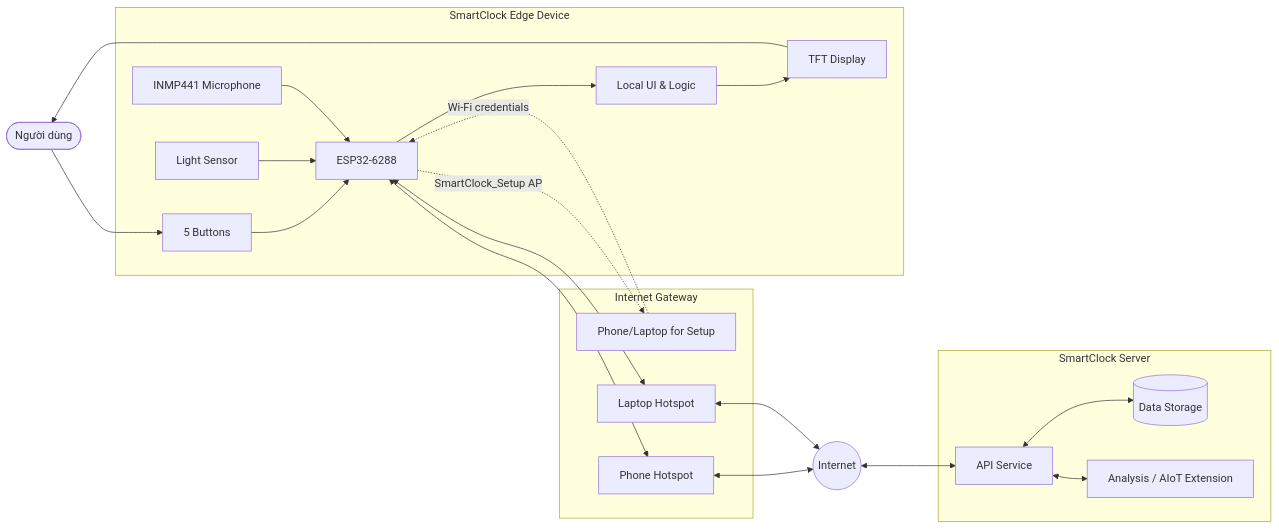
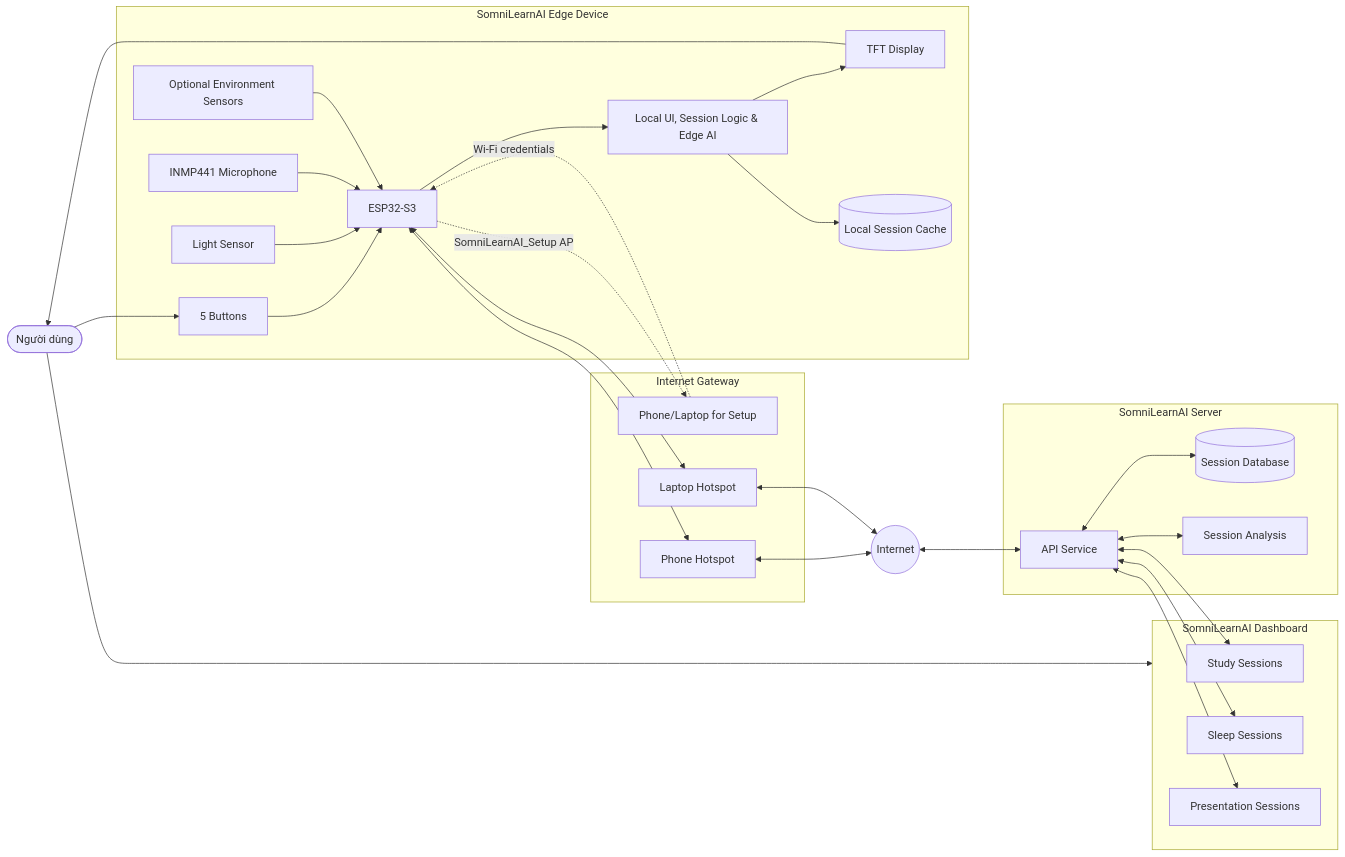
Before and after one commit to Computer-Vision-HCMUS/AIoT-Server: the first of 2 diagrams in docs/Spectification/SmartClock/02_Architecture & Hardware.md, drawn with Mermaid. The commit also changed other lines of this file and 60 other files, not shown here.

Commit message:
Add new images for SmartClock presentation, remove outdated images, and introduce initial documentation for SomniLearnAI specifications, including objectives, architecture, and Edge AI functionalities.

````diff
--- a/docs/Spectification/SmartClock/02_Architecture & Hardware.md
+++ b/docs/Spectification/SmartClock/02_Architecture & Hardware.md
@@ -38,43 +39,57 @@
 ```mermaid
 flowchart LR
     User([Người dùng])
 
-    subgraph Edge["SmartClock Edge Device"]
+    subgraph Edge["SomniLearnAI Edge Device"]
         Buttons[5 Buttons]
         TFT[TFT Display]
-        ESP[ESP32-6288]
+        ESP[ESP32-S3]
         Light[Light Sensor]
         Mic[INMP441 Microphone]
-        Local[Local UI & Logic]
+        Env[Optional Environment Sensors]
+        Local[Local UI, Session Logic & Edge AI]
+        Cache[(Local Session Cache)]
     end
 
     subgraph Gateway["Internet Gateway"]
         Setup[Phone/Laptop for Setup]
         Phone[Phone Hotspot]
         Laptop[Laptop Hotspot]
     end
 
-    subgraph Cloud["SmartClock Server"]
+    subgraph Cloud["SomniLearnAI Server"]
         API[API Service]
-        Storage[(Data Storage)]
-        Analysis[Analysis / AIoT Extension]
+        Storage[(Session Database)]
+        Analysis[Session Analysis]
+    end
+
+    subgraph Web["SomniLearnAI Dashboard"]
+        Study[Study Sessions]
+        Sleep[Sleep Sessions]
+        Presentation[Presentation Sessions]
     end
 
     User --> Buttons
     TFT --> User
     Buttons --> ESP
     Light --> ESP
     Mic --> ESP
+    Env --> ESP
     ESP --> Local
     Local --> TFT
+    Local --> Cache
 
-    ESP -. SmartClock_Setup AP .-> Setup
+    ESP -. SomniLearnAI_Setup AP .-> Setup
     Setup -. Wi-Fi credentials .-> ESP
     ESP <--> Phone
     ESP <--> Laptop
     Phone <--> Internet((Internet))
     Laptop <--> Internet
     Internet <--> API
     API <--> Storage
     API <--> Analysis
+    API <--> Study
+    API <--> Sleep
+    API <--> Presentation
+    User --> Web
 ```
````
